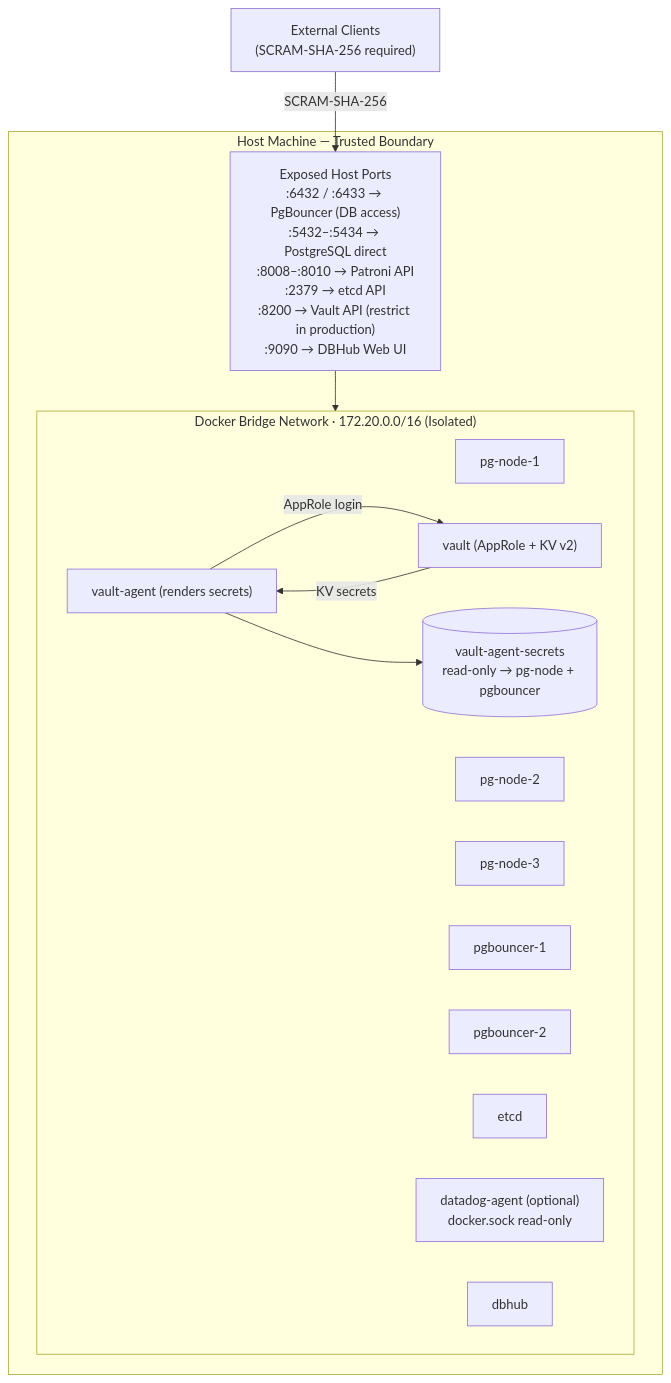
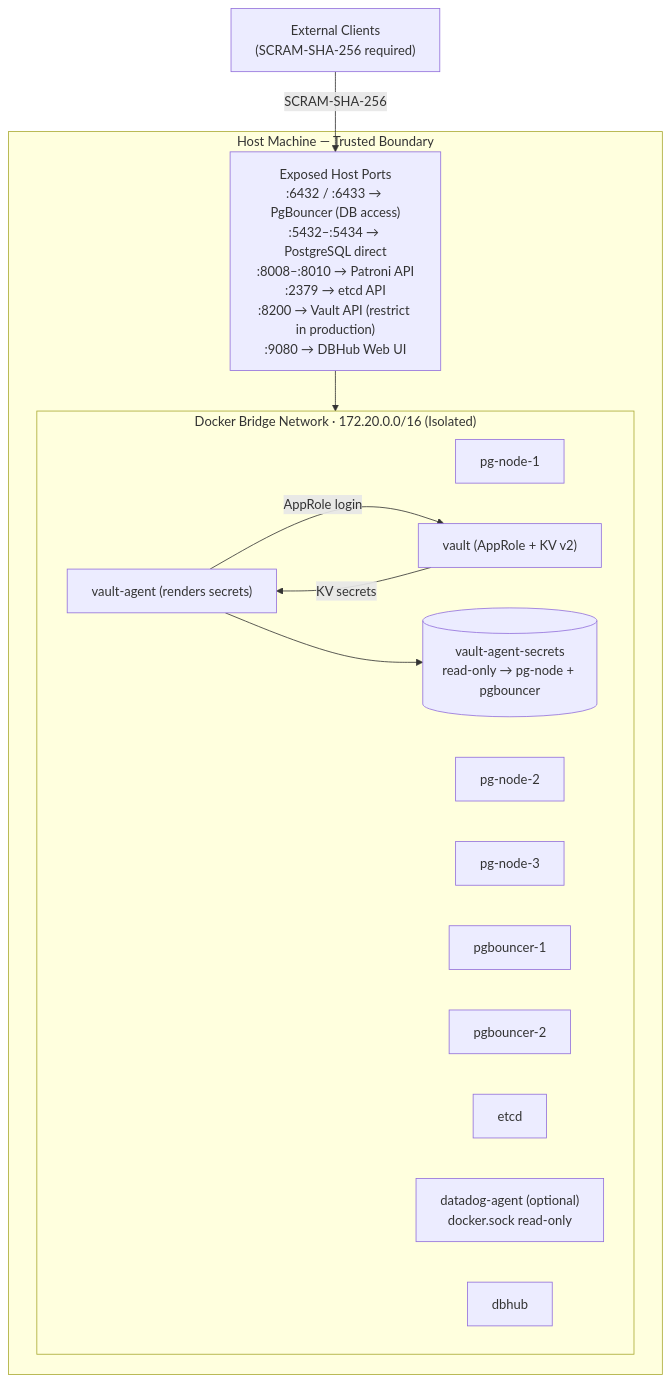
One commit to venkatajangala/terraform-docker-container-postgres changed diagram 18 of 18 in docs/architecture/ARCHITECTURE.md. Above: the diagram before and after it, drawn with Mermaid. The commit also changed other lines of this file and 12 other files, not shown here.

````diff
--- a/docs/architecture/ARCHITECTURE.md
+++ b/docs/architecture/ARCHITECTURE.md
@@ -736,25 +736,25 @@
 ```mermaid
 graph TD
     EXT["External Clients<br/>(SCRAM-SHA-256 required)"]
 
     subgraph HOST["Host Machine — Trusted Boundary"]
-        PORTS["Exposed Host Ports<br/>:6432 / :6433 → PgBouncer (DB access)<br/>:5432–:5434 → PostgreSQL direct<br/>:8008–:8010 → Patroni API<br/>:2379 → etcd API<br/>:8200 → Vault API (restrict in production)<br/>:9090 → DBHub Web UI"]
+        PORTS["Exposed Host Ports<br/>:6432 / :6433 → PgBouncer (DB access)<br/>:5432–:5434 → PostgreSQL direct<br/>:8008–:8010 → Patroni API<br/>:2379 → etcd API<br/>:8200 → Vault API (restrict in production)<br/>:9080 → DBHub Web UI"]
 
         subgraph DOCKER["Docker Bridge Network · 172.20.0.0/16 (Isolated)"]
             PG1["pg-node-1"] & PG2["pg-node-2"] & PG3["pg-node-3"]
             PGB1["pgbouncer-1"] & PGB2["pgbouncer-2"]
             ETCD["etcd"]
             VAULT["vault (AppRole + KV v2)"]
             VAGENT["vault-agent (renders secrets)"]
             SVOL[("vault-agent-secrets\nread-only → pg-node + pgbouncer")]
             DD["datadog-agent (optional)\ndocker.sock read-only"]
             DBHUB["dbhub"]
         end
     end
 
     EXT -->|"SCRAM-SHA-256"| PORTS
     PORTS --> DOCKER
     VAGENT -->|"AppRole login"| VAULT
     VAULT -->|"KV secrets"| VAGENT
     VAGENT --> SVOL
 ```
````
